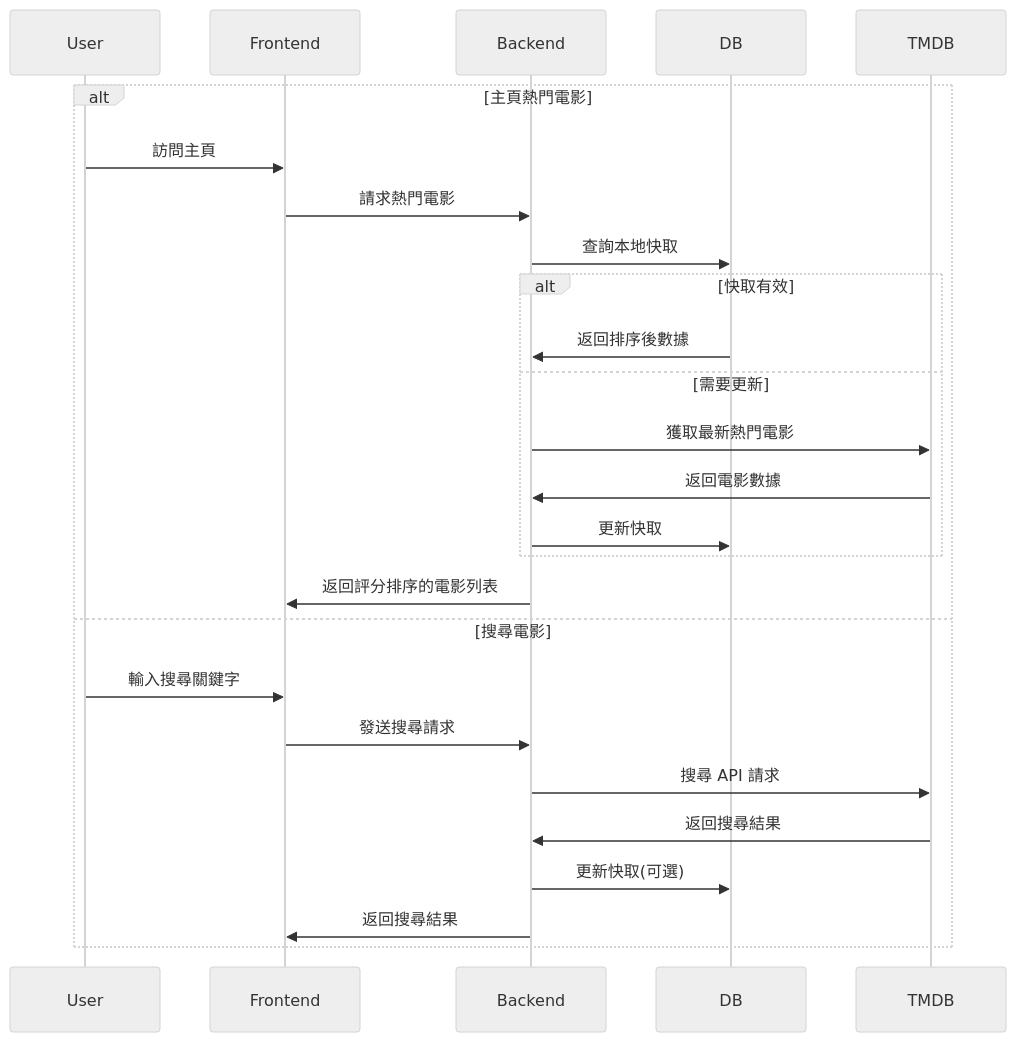
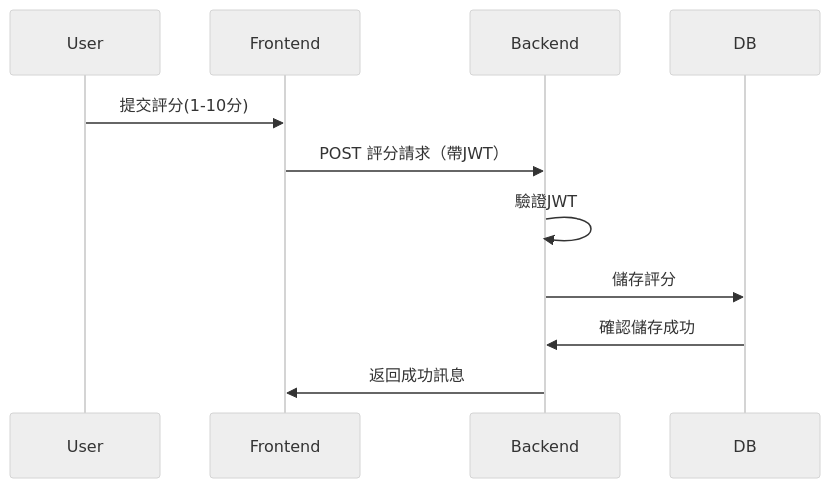
Before and after one commit to poordog777/movie-viewer: the fourth of 4 diagrams in Architecture.md, drawn with Mermaid (neutral theme). The commit also changed other lines of this file and 2 other files, not shown here.

Commit message:
Refactor database schema: update ratings table to allow scores from 1 to 10; remove unused tables and indexes; adjust API documentation for new rating system

````diff
--- a/Architecture.md
+++ b/Architecture.md
@@ -164,29 +144,14 @@
 ```mermaid
 sequenceDiagram
     participant User
     participant Frontend
     participant Backend
     participant DB
-    participant TMDB
 
-    alt 主頁熱門電影
-        User->>Frontend: 訪問主頁
-        Frontend->>Backend: 請求熱門電影
-        Backend->>DB: 查詢本地快取
-        alt 快取有效
-            DB->>Backend: 返回排序後數據
-        else 需要更新
-            Backend->>TMDB: 獲取最新熱門電影
-            TMDB->>Backend: 返回電影數據
-            Backend->>DB: 更新快取
-        end
-        Backend->>Frontend: 返回評分排序的電影列表
-    else 搜尋電影
-        User->>Frontend: 輸入搜尋關鍵字
-        Frontend->>Backend: 發送搜尋請求
-        Backend->>TMDB: 搜尋 API 請求
-        TMDB->>Backend: 返回搜尋結果
-        Backend->>DB: 更新快取(可選)
-        Backend->>Frontend: 返回搜尋結果
-    end
+    User->>Frontend: 提交評分(1-10分)
+    Frontend->>Backend: POST 評分請求（帶JWT）
+    Backend->>Backend: 驗證JWT
+    Backend->>DB: 儲存評分
+    DB->>Backend: 確認儲存成功
+    Backend->>Frontend: 返回成功訊息
 ```
````
